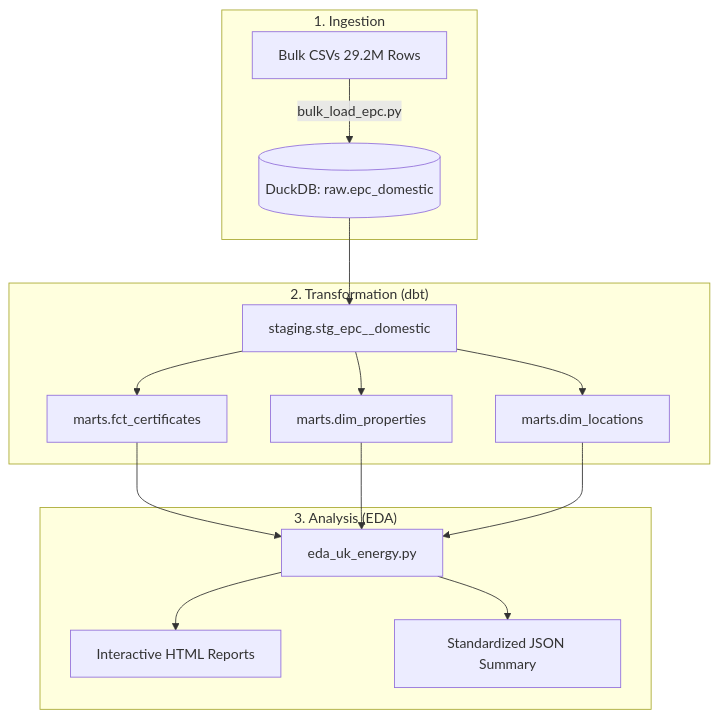
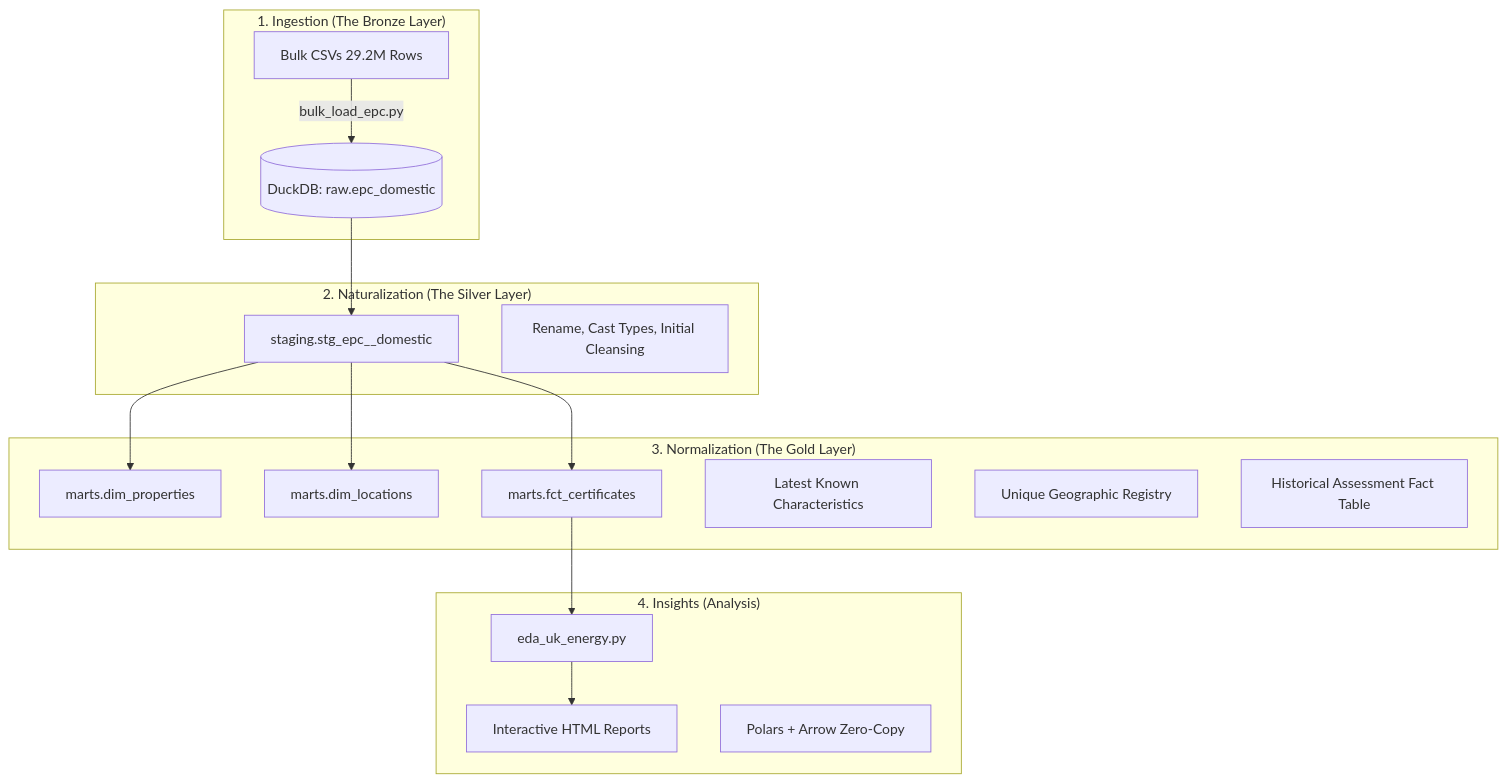
The diagram in README.md (Shazankk/UK-Energy-Data-EPC), drawn with Mermaid before and after one commit. The commit also changed other lines of this file, not shown here.

Commit message:
docs: rewrite README to emphasize educational architecture and technical learning outcomes

````diff
--- a/README.md
+++ b/README.md
@@ -20,21 +20,26 @@
 ```mermaid
 graph TD
-    subgraph "1. Ingestion"
+    subgraph "1. Ingestion (The Bronze Layer)"
         A[Bulk CSVs 29.2M Rows] -->|bulk_load_epc.py| B[(DuckDB: raw.epc_domestic)]
     end
 
-    subgraph "2. Transformation (dbt)"
+    subgraph "2. Naturalization (The Silver Layer)"
         B --> C[staging.stg_epc__domestic]
+        NoteC[Rename, Cast Types, Initial Cleansing]
+    end
+
+    subgraph "3. Normalization (The Gold Layer)"
         C --> D[marts.dim_properties]
         C --> E[marts.dim_locations]
         C --> F[marts.fct_certificates]
+        NoteD[Latest Known Characteristics]
+        NoteE[Unique Geographic Registry]
+        NoteF[Historical Assessment Fact Table]
     end
 
-    subgraph "3. Analysis (EDA)"
+    subgraph "4. Insights (Analysis)"
         F --> G[eda_uk_energy.py]
-        D --> G
-        E --> G
         G --> H[Interactive HTML Reports]
-        G --> I[Standardized JSON Summary]
+        NoteG[Polars + Arrow Zero-Copy]
     end
 ```
````
